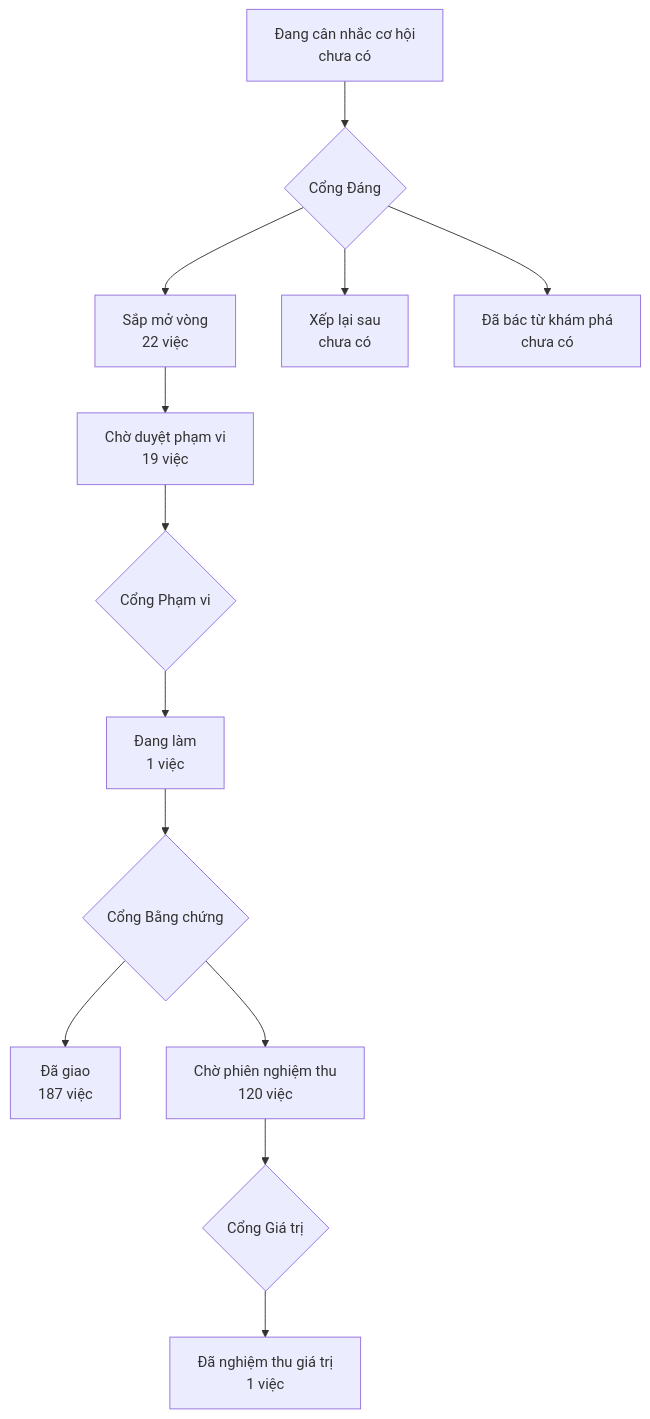
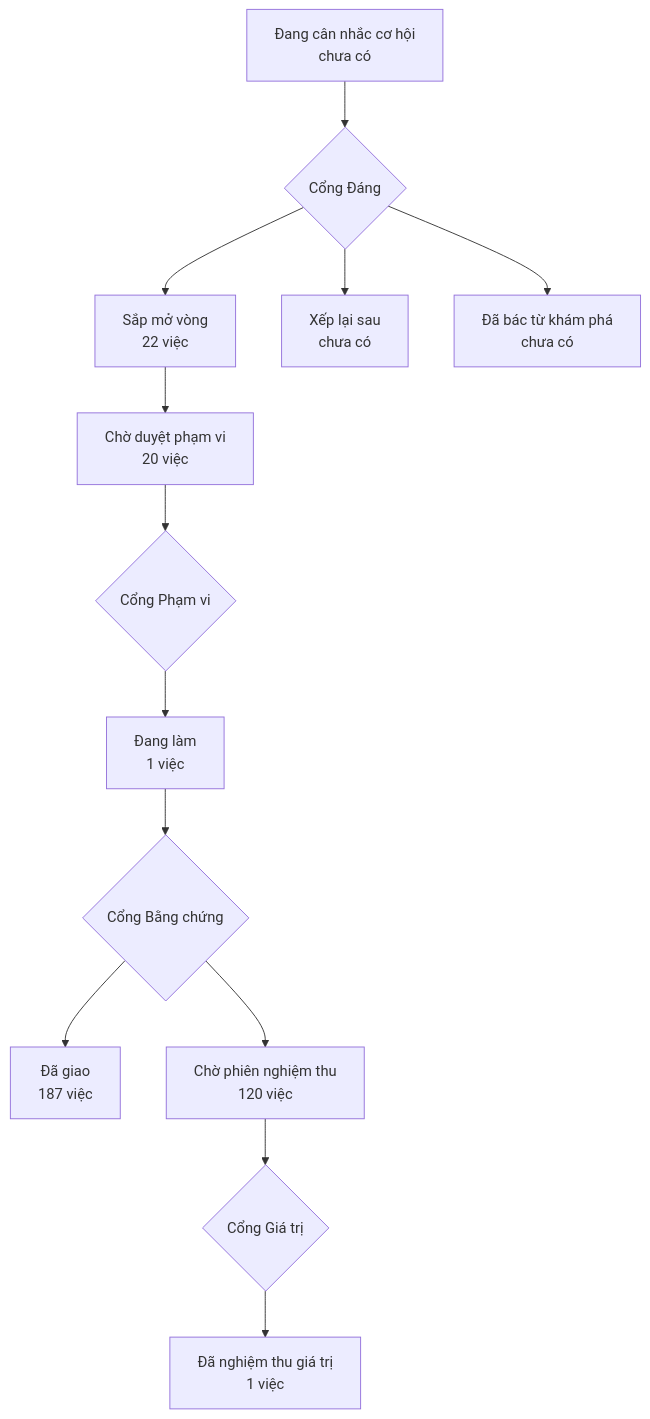
The diagram in PRODUCT-MAP.md (phanlemanh/onehub-invest), drawn with Mermaid before and after one commit. The commit also changed other lines of this file and 2 other files, not shown here.

Commit message:
chore(acceptance): phuong-tu-du-an — thêm 102 vào paths eval, sinh lại bản đồ sau gộp main b8358afe

````diff
--- a/PRODUCT-MAP.md
+++ b/PRODUCT-MAP.md
@@ -7,12 +7,12 @@
 ```mermaid
 flowchart TD
   A["Đang cân nhắc cơ hội<br/>chưa có"] --> GD{"Cổng Đáng"}
   GD --> B["Sắp mở vòng<br/>22 việc"]
   GD --> XL["Xếp lại sau<br/>chưa có"]
   GD --> DB["Đã bác từ khám phá<br/>chưa có"]
-  B --> CD["Chờ duyệt phạm vi<br/>19 việc"] --> GP{"Cổng Phạm vi"}
+  B --> CD["Chờ duyệt phạm vi<br/>20 việc"] --> GP{"Cổng Phạm vi"}
   GP --> DL["Đang làm<br/>1 việc"] --> GB{"Cổng Bằng chứng"}
   GB --> DG["Đã giao<br/>187 việc"]
   GB --> CN["Chờ phiên nghiệm thu<br/>120 việc"] --> GG{"Cổng Giá trị"}
   GG --> NT["Đã nghiệm thu giá trị<br/>1 việc"]
 ```
````
